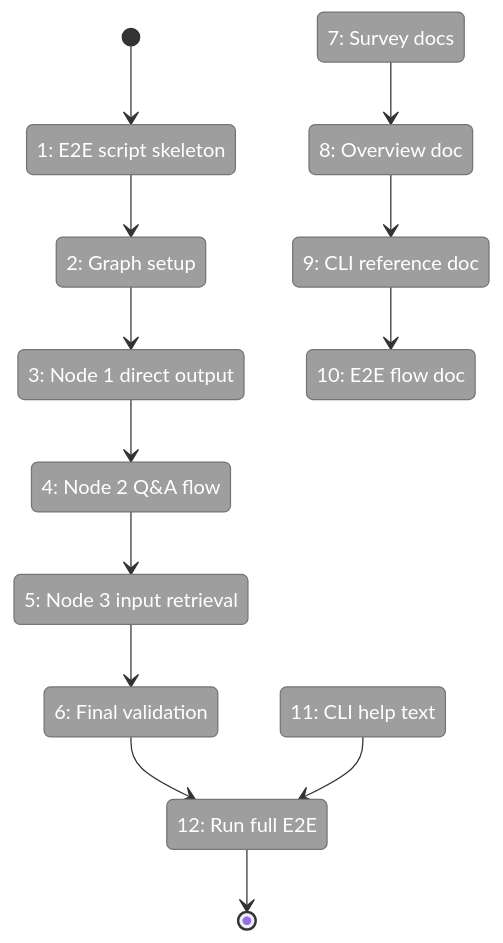
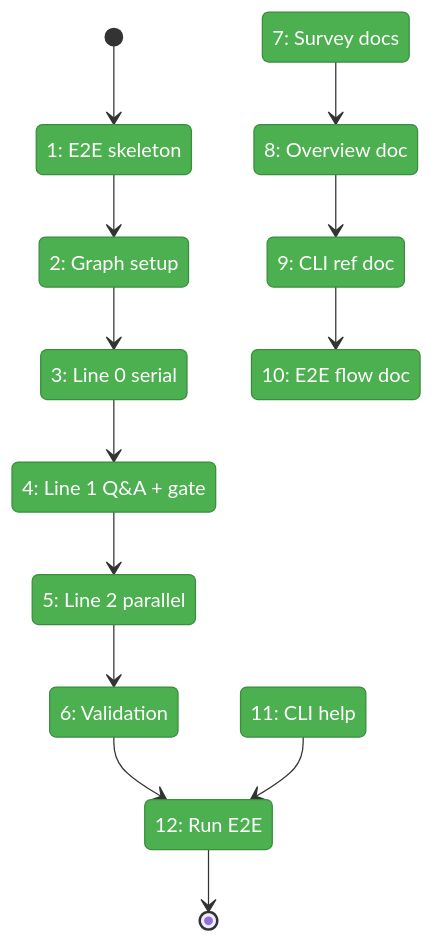
One commit to AI-Substrate/chainglass changed the first of 2 diagrams in docs/plans/028-pos-agentic-cli/tasks/phase-6-e2e-test-and-documentation/tasks.fltplan.md. Above: the diagram before and after it, drawn with Mermaid. The commit also changed other lines of this file and 14 other files, not shown here.

First line of the commit message:
feat(positional-graph): complete Phase 6 E2E test and documentation

````diff
--- a/docs/plans/028-pos-agentic-cli/tasks/phase-6-e2e-test-and-documentation/tasks.fltplan.md
+++ b/docs/plans/028-pos-agentic-cli/tasks/phase-6-e2e-test-and-documentation/tasks.fltplan.md
@@ -22,35 +22,35 @@
 ```mermaid
 stateDiagram-v2
     classDef pending fill:#9E9E9E,stroke:#757575,color:#fff
     classDef active fill:#FFC107,stroke:#FFA000,color:#000
     classDef done fill:#4CAF50,stroke:#388E3C,color:#fff
     classDef blocked fill:#F44336,stroke:#D32F2F,color:#fff
 
-    state "1: E2E script skeleton" as S1
+    state "1: E2E skeleton" as S1
     state "2: Graph setup" as S2
-    state "3: Node 1 direct output" as S3
-    state "4: Node 2 Q&A flow" as S4
-    state "5: Node 3 input retrieval" as S5
-    state "6: Final validation" as S6
+    state "3: Line 0 serial" as S3
+    state "4: Line 1 Q&A + gate" as S4
+    state "5: Line 2 parallel" as S5
+    state "6: Validation" as S6
     state "7: Survey docs" as S7
     state "8: Overview doc" as S8
-    state "9: CLI reference doc" as S9
+    state "9: CLI ref doc" as S9
     state "10: E2E flow doc" as S10
-    state "11: CLI help text" as S11
-    state "12: Run full E2E" as S12
+    state "11: CLI help" as S11
+    state "12: Run E2E" as S12
 
     [*] --> S1
     S1 --> S2
     S2 --> S3
     S3 --> S4
     S4 --> S5
     S5 --> S6
     S7 --> S8
     S8 --> S9
     S9 --> S10
     S6 --> S12
     S11 --> S12
     S12 --> [*]
 
-    class S1,S2,S3,S4,S5,S6,S7,S8,S9,S10,S11,S12 pending
+    class S1,S2,S3,S4,S5,S6,S7,S8,S9,S10,S11,S12 done
 ```
````
